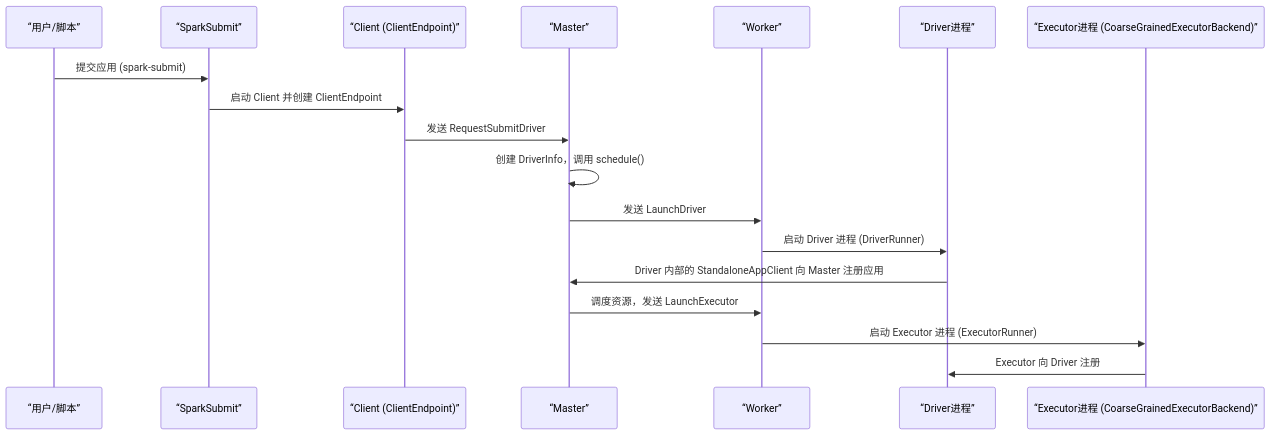
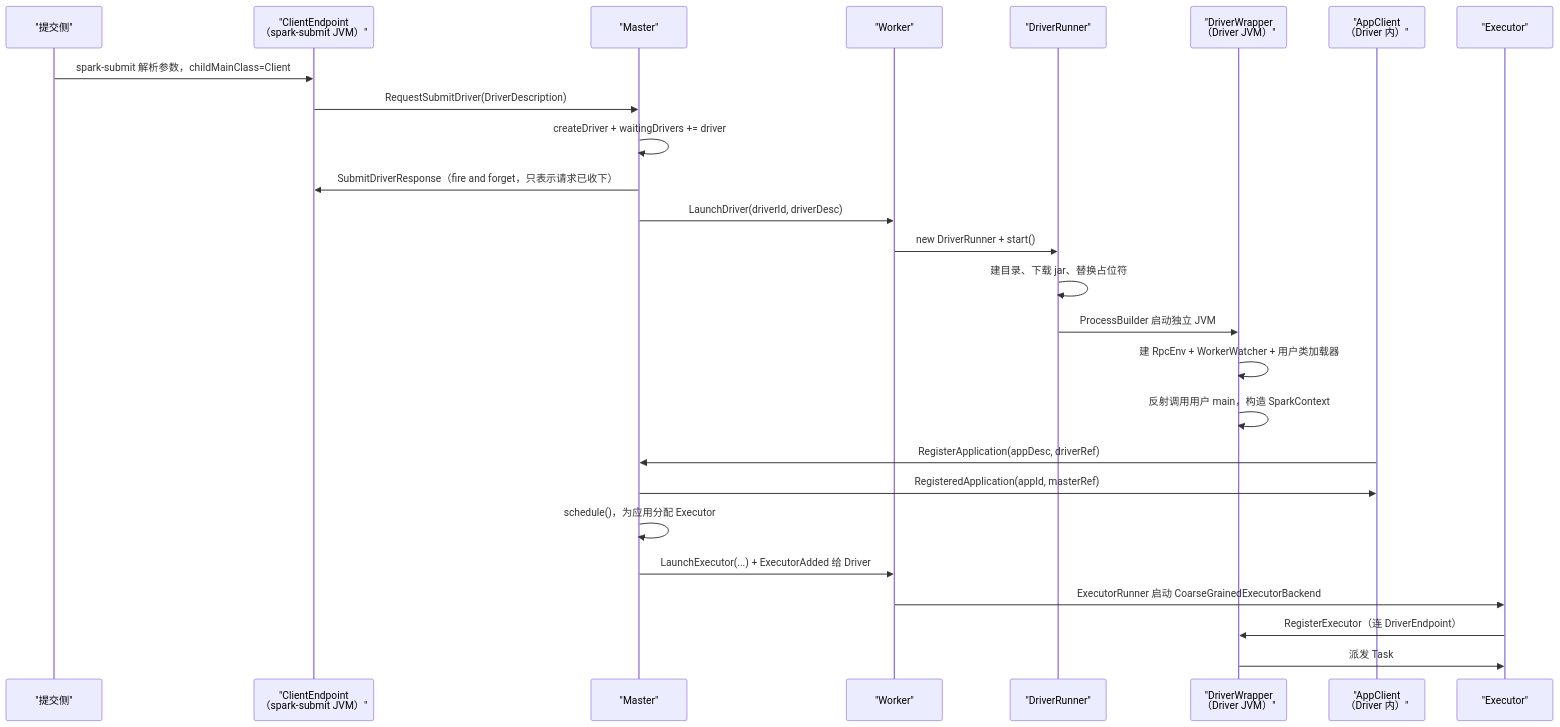
One commit to hpliStartAgain/my-brain changed the second of 5 diagrams in content/大数据/Spark/读书笔记-spark内核/02_系统架构与运行机制/4. Spark_Driver启动与Master交互.md. Above: the diagram before and after it, drawn with Mermaid. The commit also changed other lines of this file and 259 other files, not shown here.

````diff
--- a/content/大数据/Spark/读书笔记-spark内核/02_系统架构与运行机制/4. Spark_Driver启动与Master交互.md
+++ b/content/大数据/Spark/读书笔记-spark内核/02_系统架构与运行机制/4. Spark_Driver启动与Master交互.md
@@ -16,21 +200,30 @@
 ```mermaid
+%%{init: {'theme': 'dracula'}}%%
 sequenceDiagram
-    participant U as “用户/脚本”
-    participant S as “SparkSubmit”
-    participant C as “Client (ClientEndpoint)”
-    participant M as “Master”
-    participant W as “Worker”
-    participant D as “Driver进程”
-    participant E as “Executor进程 (CoarseGrainedExecutorBackend)”
+    participant U as "提交侧"
+    participant C as "ClientEndpoint<br/>（spark-submit JVM）"
+    participant M as "Master"
+    participant W as "Worker"
+    participant DR as "DriverRunner"
+    participant D as "DriverWrapper<br/>（Driver JVM）"
+    participant A as "AppClient<br/>（Driver 内）"
+    participant E as "Executor"
 
-    U->>S: 提交应用 (spark-submit)
-    S->>C: 启动 Client 并创建 ClientEndpoint
-    C->>M: 发送 RequestSubmitDriver
-    M->>M: 创建 DriverInfo，调用 schedule()
-    M->>W: 发送 LaunchDriver
-    W->>D: 启动 Driver 进程 (DriverRunner)
-    D->>M: Driver 内部的 StandaloneAppClient 向 Master 注册应用
-    M->>W: 调度资源，发送 LaunchExecutor
-    W->>E: 启动 Executor 进程 (ExecutorRunner)
-    E->>D: Executor 向 Driver 注册
+    U->>C: spark-submit 解析参数，childMainClass=Client
+    C->>M: RequestSubmitDriver(DriverDescription)
+    M->>M: createDriver + waitingDrivers += driver
+    M->>C: SubmitDriverResponse（fire and forget，只表示请求已收下）
+    M->>W: LaunchDriver(driverId, driverDesc)
+    W->>DR: new DriverRunner + start()
+    DR->>DR: 建目录、下载 jar、替换占位符
+    DR->>D: ProcessBuilder 启动独立 JVM
+    D->>D: 建 RpcEnv + WorkerWatcher + 用户类加载器
+    D->>D: 反射调用用户 main，构造 SparkContext
+    A->>M: RegisterApplication(appDesc, driverRef)
+    M->>A: RegisteredApplication(appId, masterRef)
+    M->>M: schedule()，为应用分配 Executor
+    M->>W: LaunchExecutor(...) + ExecutorAdded 给 Driver
+    W->>E: ExecutorRunner 启动 CoarseGrainedExecutorBackend
+    E->>D: RegisterExecutor（连 DriverEndpoint）
+    D->>E: 派发 Task
 ```
````
